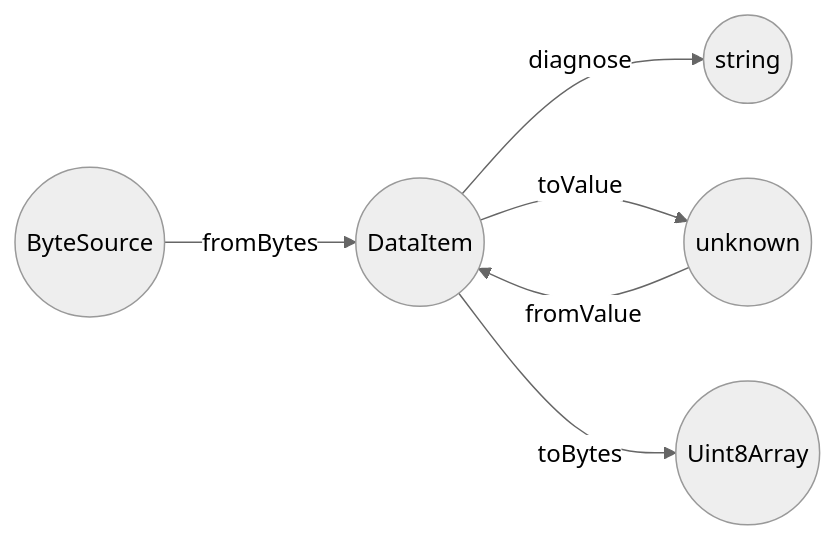
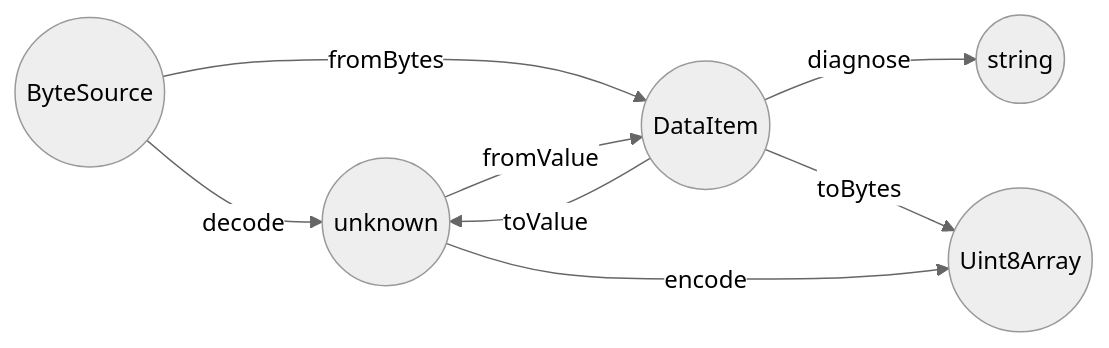
The diagram in README.md (yuhr/lossless-cbor), drawn with Mermaid before and after one commit. The commit also changed other lines of this file, not shown here.

````diff
--- a/README.md
+++ b/README.md
@@ -59,29 +59,31 @@
 ```mermaid
 ---
 config:
   theme: neutral
   themeCSS: |-
     span.nodeLabel, span.edgeLabel {
       font-family: monospace !important;
       background: transparent;
     }
     div.labelBkg { background: transparent; }
     span.edgeLabel p {
       display: inline-flex;
       align-items: center;
       height: 1.5lh;
       padding: 0 0.75em;
       border: 1px solid gray;
       border-radius: 5px;
     }
 ---
 graph LR
 	B0((ByteSource))
 	B1((Uint8Array))
 	D((DataItem))
 	V0((unknown))
 	V1((string))
 	D -->|diagnose| V1
+	B0 -->|decode| V0
 	B0 -->|fromBytes| D -->|toValue| V0
 	V0 -->|fromValue| D -->|toBytes| B1
+	V0 -->|encode| B1
 ```
````
